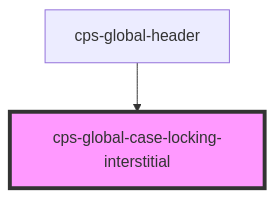
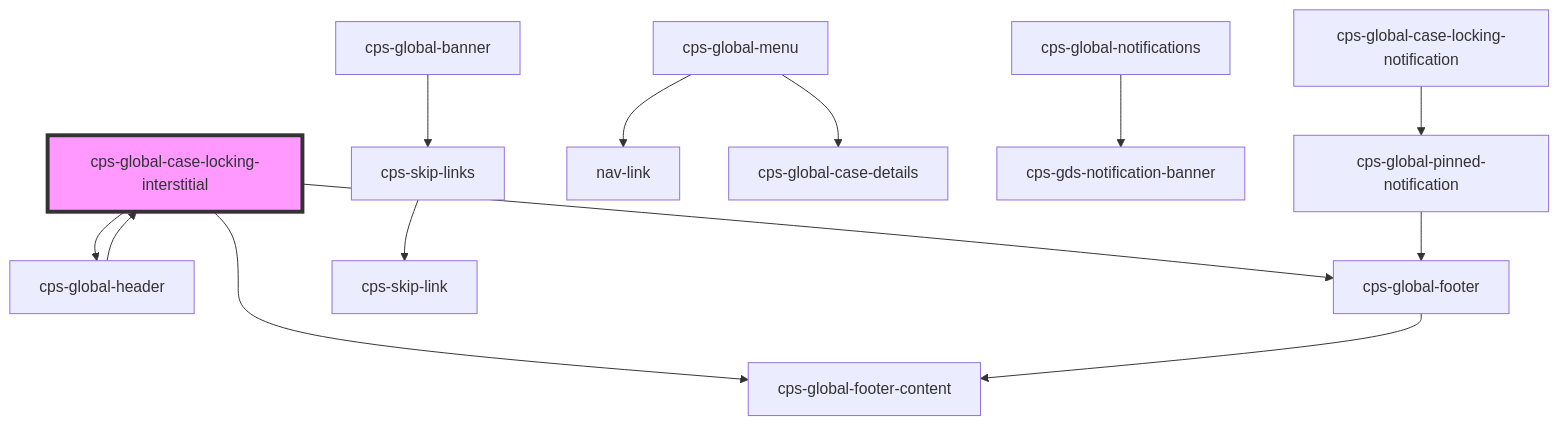
Before and after one commit to CPS-Innovation/global-components: the diagram in packages/cps-global-components/src/components/cps-global-case-locking-interstitial/readme.md, drawn with Mermaid. The commit also changed other lines of this file and 14 other files, not shown here.

Commit message:
#FCT2-21274 - add interstitial and new format pinned notification (#1067)

````diff
--- a/packages/cps-global-components/src/components/cps-global-case-locking-interstitial/readme.md
+++ b/packages/cps-global-components/src/components/cps-global-case-locking-interstitial/readme.md
@@ -56,5 +61,16 @@
 ```mermaid
 graph TD;
+  cps-global-case-locking-interstitial --> cps-global-header
+  cps-global-case-locking-interstitial --> cps-global-footer-content
+  cps-global-case-locking-interstitial --> cps-global-footer
   cps-global-header --> cps-global-case-locking-interstitial
+  cps-global-banner --> cps-skip-links
+  cps-skip-links --> cps-skip-link
+  cps-global-menu --> nav-link
+  cps-global-menu --> cps-global-case-details
+  cps-global-notifications --> cps-gds-notification-banner
+  cps-global-case-locking-notification --> cps-global-pinned-notification
+  cps-global-pinned-notification --> cps-global-footer
+  cps-global-footer --> cps-global-footer-content
   style cps-global-case-locking-interstitial fill:#f9f,stroke:#333,stroke-width:4px
 ```
````
